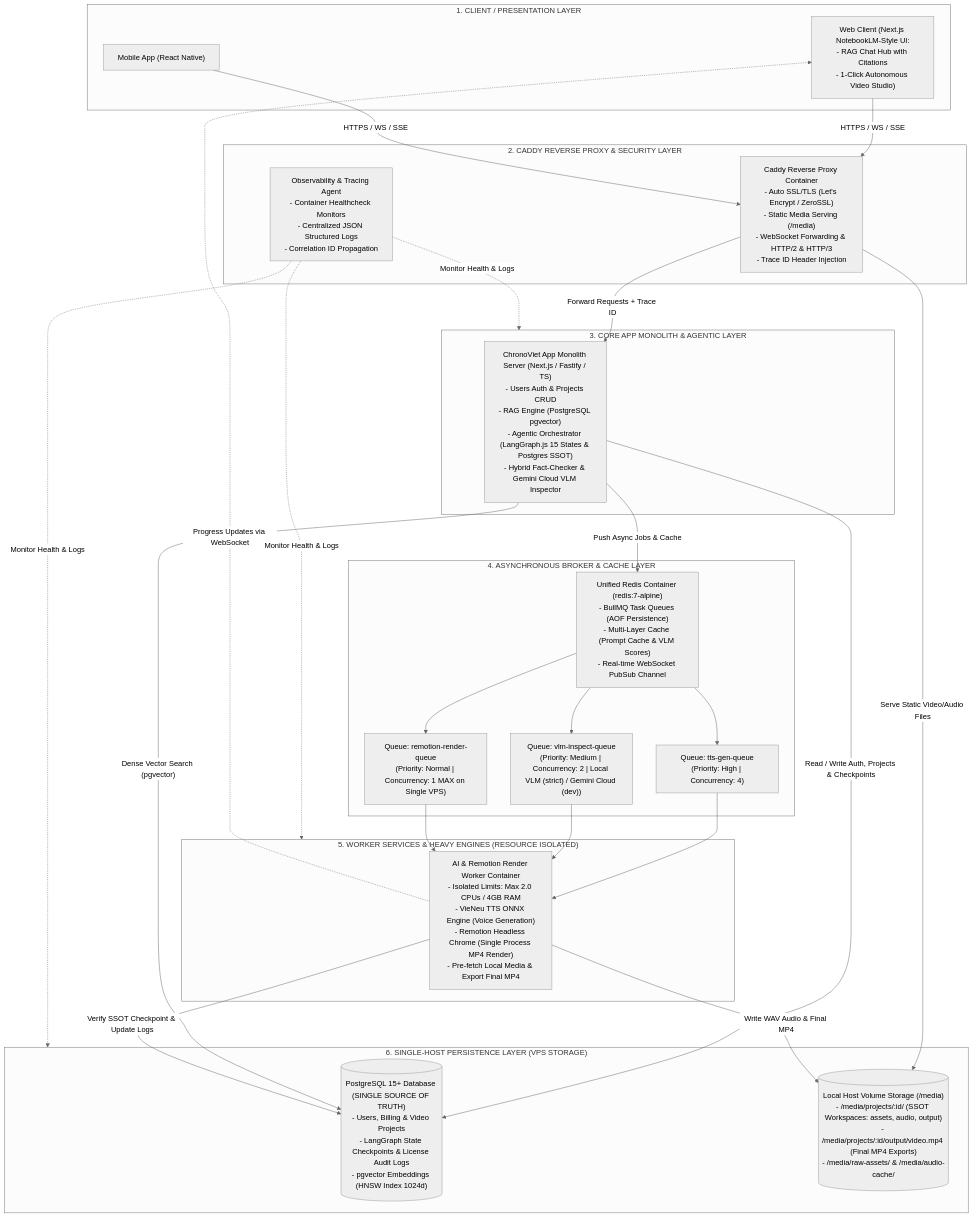
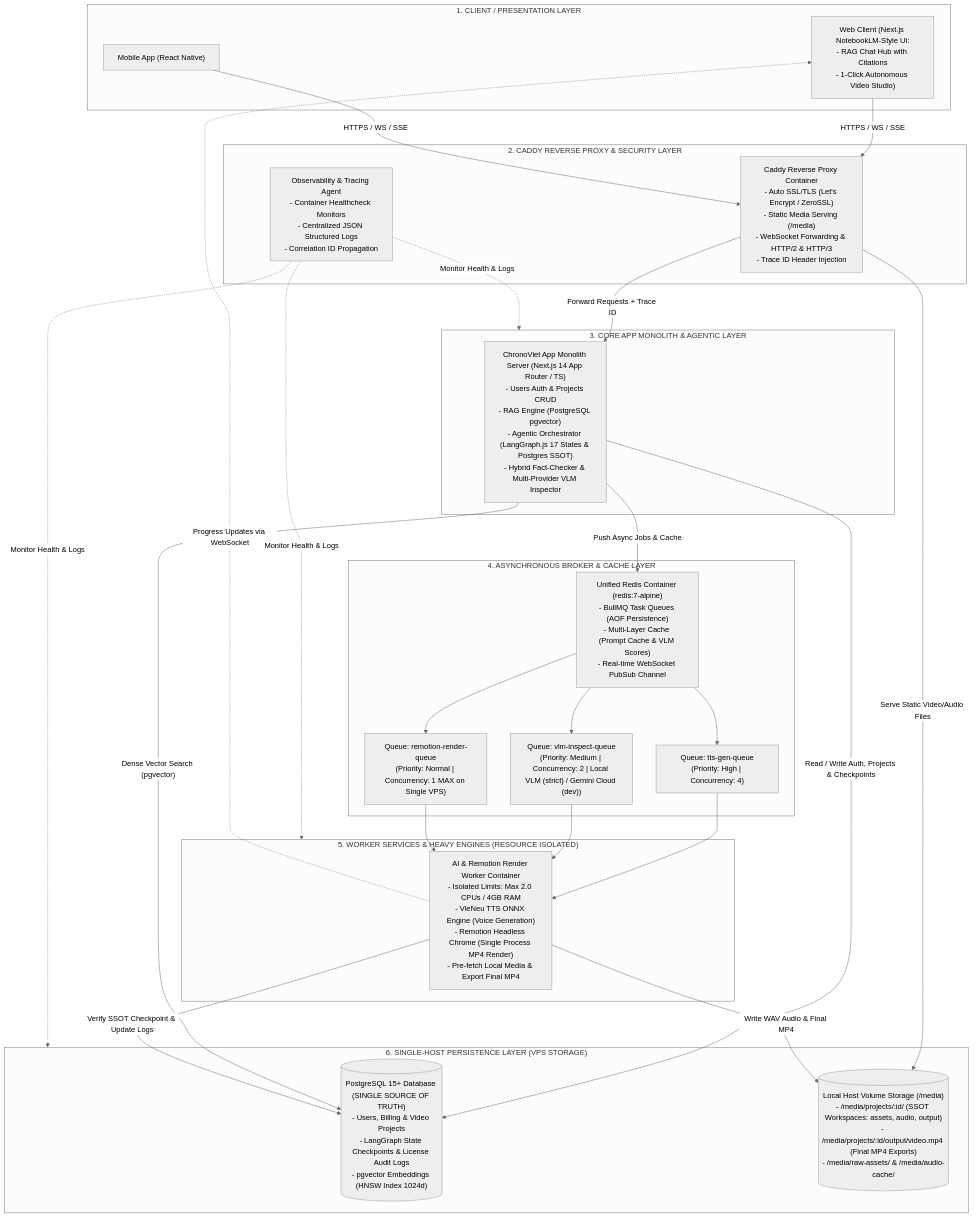
Before and after one commit to TCTri205/ChronoViet: the first of 6 diagrams in docs/architecture/CHRONOVIET_ARCHITECTURE_DIAGRAMS.md, drawn with Mermaid (neutral theme). The commit also changed other lines of this file and 85 other files, not shown here.

````diff
--- a/docs/architecture/CHRONOVIET_ARCHITECTURE_DIAGRAMS.md
+++ b/docs/architecture/CHRONOVIET_ARCHITECTURE_DIAGRAMS.md
@@ -11,53 +11,53 @@
 ```mermaid
 flowchart TB
     subgraph ClientLayer["1. CLIENT / PRESENTATION LAYER"]
         WebClient["Web Client (Next.js NotebookLM-Style UI:\n- RAG Chat Hub with Citations\n- 1-Click Autonomous Video Studio)"]
         MobileClient["Mobile App (React Native)"]
     end
 
     subgraph GatewayLayer["2. CADDY REVERSE PROXY & SECURITY LAYER"]
         CaddyGateway["Caddy Reverse Proxy Container\n- Auto SSL/TLS (Let's Encrypt / ZeroSSL)\n- Static Media Serving (/media)\n- WebSocket Forwarding & HTTP/2 & HTTP/3\n- Trace ID Header Injection"]
         Telemetry["Observability & Tracing Agent\n- Container Healthcheck Monitors\n- Centralized JSON Structured Logs\n- Correlation ID Propagation"]
     end
 
     subgraph ServiceLayer["3. CORE APP MONOLITH & AGENTIC LAYER"]
-        AppMonolith["ChronoViet App Monolith Server (Next.js / Fastify / TS)\n- Users Auth & Projects CRUD\n- RAG Engine (PostgreSQL pgvector)\n- Agentic Orchestrator (LangGraph.js 15 States & Postgres SSOT)\n- Hybrid Fact-Checker & Gemini Cloud VLM Inspector"]
+        AppMonolith["ChronoViet App Monolith Server (Next.js 14 App Router / TS)\n- Users Auth & Projects CRUD\n- RAG Engine (PostgreSQL pgvector)\n- Agentic Orchestrator (LangGraph.js 17 States & Postgres SSOT)\n- Hybrid Fact-Checker & Multi-Provider VLM Inspector"]
     end
 
     subgraph BrokerLayer["4. ASYNCHRONOUS BROKER & CACHE LAYER"]
         UnifiedRedis["Unified Redis Container (redis:7-alpine)\n- BullMQ Task Queues (AOF Persistence)\n- Multi-Layer Cache (Prompt Cache & VLM Scores)\n- Real-time WebSocket PubSub Channel"]
         
         TTSQueue["Queue: tts-gen-queue\n(Priority: High | Concurrency: 4)"]
         VLMQueue["Queue: vlm-inspect-queue\n(Priority: Medium | Concurrency: 2 | Local VLM (strict) / Gemini Cloud (dev))"]
         RenderQueue["Queue: remotion-render-queue\n(Priority: Normal | Concurrency: 1 MAX on Single VPS)"]
     end
 
     subgraph WorkerPools["5. WORKER SERVICES & HEAVY ENGINES (RESOURCE ISOLATED)"]
         AIWorker["AI & Remotion Render Worker Container\n- Isolated Limits: Max 2.0 CPUs / 4GB RAM\n- VieNeu TTS ONNX Engine (Voice Generation)\n- Remotion Headless Chrome (Single Process MP4 Render)\n- Pre-fetch Local Media & Export Final MP4"]
     end
 
     subgraph StorageLayer["6. SINGLE-HOST PERSISTENCE LAYER (VPS STORAGE)"]
         PostgresDB[("PostgreSQL 15+ Database (SINGLE SOURCE OF TRUTH)\n- Users, Billing & Video Projects\n- LangGraph State Checkpoints & License Audit Logs\n- pgvector Embeddings (HNSW Index 1024d)")]
         MediaStorage[("Local Host Volume Storage (/media)\n- /media/projects/:id/ (SSOT Workspaces: assets, audio, output)\n- /media/projects/:id/output/video.mp4 (Final MP4 Exports)\n- /media/raw-assets/ & /media/audio-cache/")]
     end
 
     %% Communications & Interactions
     WebClient & MobileClient -->|"HTTPS / WS / SSE"| CaddyGateway
     CaddyGateway -->|"Forward Requests + Trace ID"| AppMonolith
     CaddyGateway -->|"Serve Static Video/Audio Files"| MediaStorage
     Telemetry -.->|"Monitor Health & Logs"| ServiceLayer
     Telemetry -.->|"Monitor Health & Logs"| WorkerPools
     Telemetry -.->|"Monitor Health & Logs"| StorageLayer
 
     AppMonolith -->|"Read / Write Auth, Projects & Checkpoints"| PostgresDB
     AppMonolith -->|"Dense Vector Search (pgvector)"| PostgresDB
     AppMonolith -->|"Push Async Jobs & Cache"| UnifiedRedis
 
     UnifiedRedis --> TTSQueue & VLMQueue & RenderQueue
 
     TTSQueue & VLMQueue & RenderQueue --> AIWorker
 
     AIWorker -->|"Write WAV Audio & Final MP4"| MediaStorage
     AIWorker -->|"Verify SSOT Checkpoint & Update Logs"| PostgresDB
     AIWorker -.->|"Progress Updates via WebSocket"| WebClient
 ```
````
